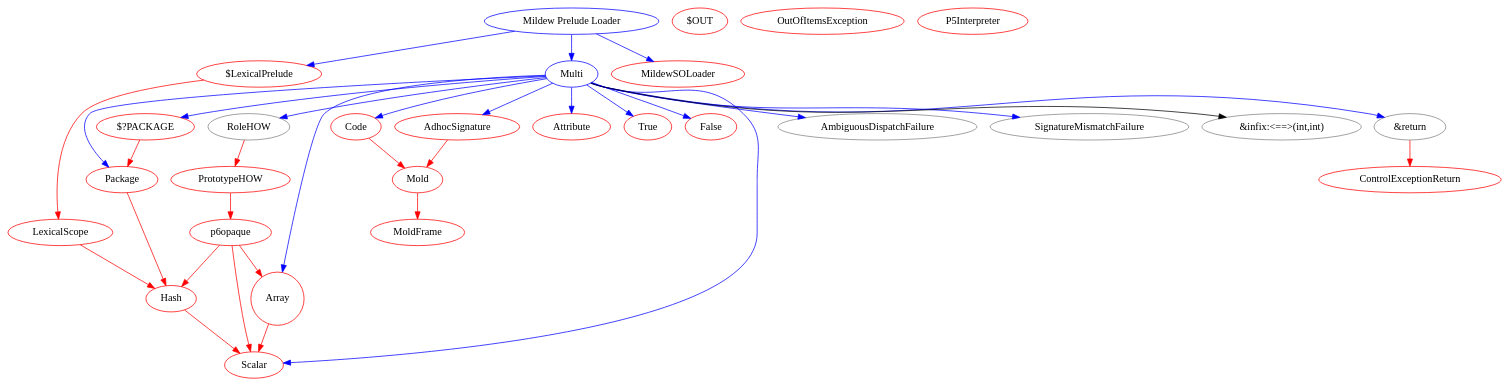
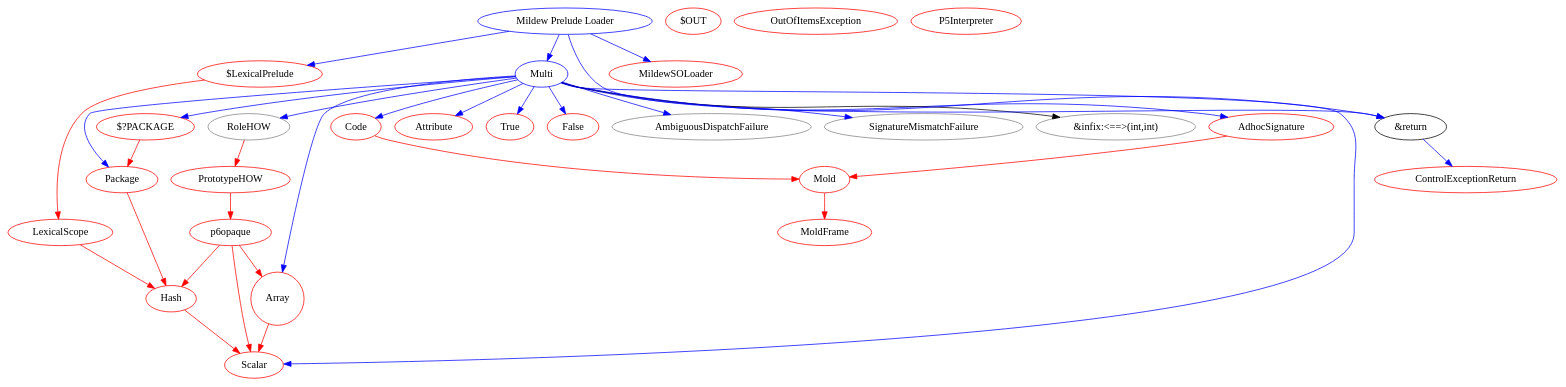
Before and after one commit to Raku/mu: the diagram in v6/mildew/bootstrap.dot, drawn with Graphviz.

Commit message:
[mildew] update dot according to simplified &return

```diff
--- a/v6/mildew/bootstrap.dot
+++ b/v6/mildew/bootstrap.dot
@@ -1,114 +1,115 @@
 digraph "SMOP and Mildew Typesystem Bootstrap"
 {
 
  /*
   * This are the types defined in the SMOP initialization.
   *
   * gray nodes mean nodes that are going to be defined in C.
   * Red nodes mean nodes defined in C or C+m0ld.
   * Red links mean C symbol lookup, instead of lexical lookup.
   */
 
  s1p_hash [color=red, label=Hash]; s1p_array [shape=circle,
  color=red, label=Array]; s1p_io [color=red,
  label="$OUT"]; mold [color=red, label=Mold];
  mold_frame[color=red, label=MoldFrame];
 
  mold -> mold_frame [color=red];
 
  s1p_code [color=red, label=Code];
  s1p_package [color=red, label=Package];
  outer_package [color=red, label="$?PACKAGE"];
 
  outer_package -> s1p_package [color=red];
  s1p_package -> s1p_hash [color=red];
  s1p_code -> mold [color=red];
  
  s1p_adhoc_signature [color=red, label="AdhocSignature"];
 
  s1p_adhoc_signature -> mold [color=red];
 
  s1p_scalar [color=red, label="Scalar"];
 
  s1p_hash -> s1p_scalar [color=red];
  s1p_array -> s1p_scalar [color=red];
 
  s1p_attribute [color=red, label=Attribute];
 
  p6opaque [color=red]
 
  p6opaque -> s1p_hash [color=red];
  p6opaque -> s1p_scalar [color=red];
  p6opaque -> s1p_array [color=red];
 
  s1p_prototypehow [color=red, label=PrototypeHOW];
 
  s1p_prototypehow -> p6opaque [color=red]
 
  controlexceptionreturn [color=red, label=ControlExceptionReturn];
 
  outofitemsexception [color=red, label=OutOfItemsException];
 
  p5interpreter [color=red, label=P5Interpreter];
 
  s1p_lexicalscope [color=red, label=LexicalScope];
 
  s1p_lexicalscope -> s1p_hash [color=red];
 
  lexical_prelude_var [color=red, label="$LexicalPrelude"];
 
  lexical_prelude_var -> s1p_lexicalscope [color=red];
 
  mildewsoloader [color=red, label="MildewSOLoader"];
 
  native_bool_true [color=red, label="True"];
  native_bool_false [color=red, label="False"];
 
  s1p_rolehow [color=gray, label="RoleHOW"];
  s1p_rolehow -> s1p_prototypehow [color=red];
 
- s1p_return [color=gray, label="&return"];
- s1p_return -> controlexceptionreturn [color=red];
-
  ambiguousdispatchfailure [color=gray, label="AmbiguousDispatchFailure"];
  signaturemismatchfailure [color=gray, label="SignatureMismatchFailure"];
  infixeqeqintint [color=gray, label="&infix:<==>(int,int)"];
 
  /*
   * now we start defining types in a higher level
   *
   * nodes written in regular Perl 6 are in blue
   * nodes simplified for bootstrapping are in black
   *
   * Links in red are C symbol lookup,
   * in black are simplified lookup (multi variants by long name, for instance)
   * in blue are regular lookups
   *
   */
 
+  return_s0 [color=black, label="&return"];
+  return_s0 -> controlexceptionreturn [color=blue];
+  
 
   // Multi should be reinitted some times...
   Multi_s0 [color=blue, label="Multi"];
   Multi_s0 -> s1p_rolehow [color=blue];
   Multi_s0 -> s1p_package [color=blue];
   Multi_s0 -> outer_package [color=blue];
   Multi_s0 -> s1p_adhoc_signature [color=blue];
   Multi_s0 -> s1p_attribute [color=blue];
   Multi_s0 -> s1p_array [color=blue];
   Multi_s0 -> s1p_scalar [color=blue];
   Multi_s0 -> s1p_code [color=blue];
-  Multi_s0 -> s1p_return [color=blue];
+  Multi_s0 -> return_s0 [color=blue];
   Multi_s0 -> ambiguousdispatchfailure [color=blue];
   Multi_s0 -> signaturemismatchfailure [color=blue];
   Multi_s0 -> native_bool_false [color=blue];
   Multi_s0 -> native_bool_true [color=blue];
   Multi_s0 -> infixeqeqintint [color=black];
 
   Prelude [color=blue, label="Mildew Prelude Loader"];
   Prelude -> mildewsoloader [color=blue];
+  Prelude -> return_s0 [color=blue];
   Prelude -> Multi_s0 [color=blue];
   Prelude -> lexical_prelude_var [color=blue];
 
 
 
 }
```
